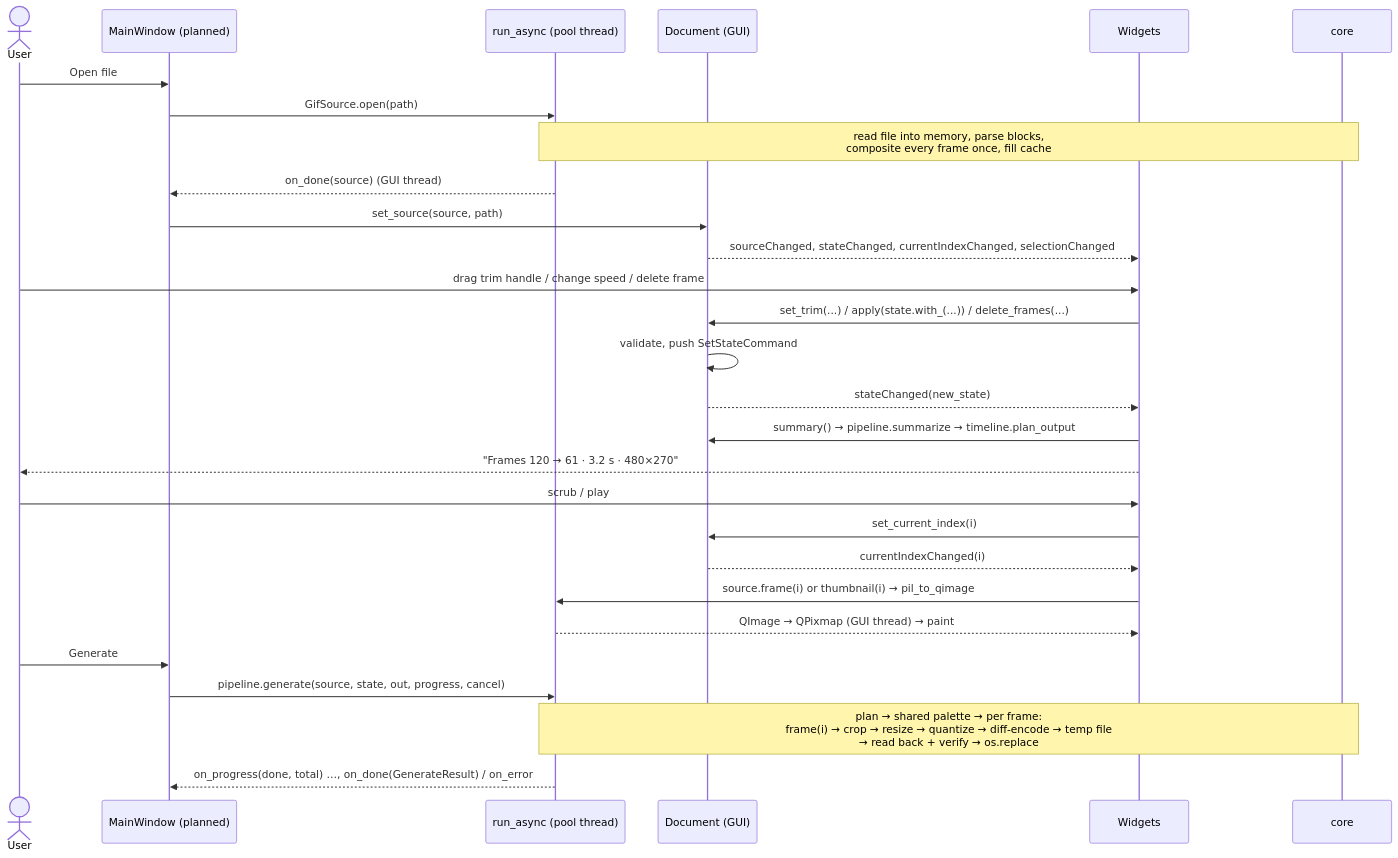
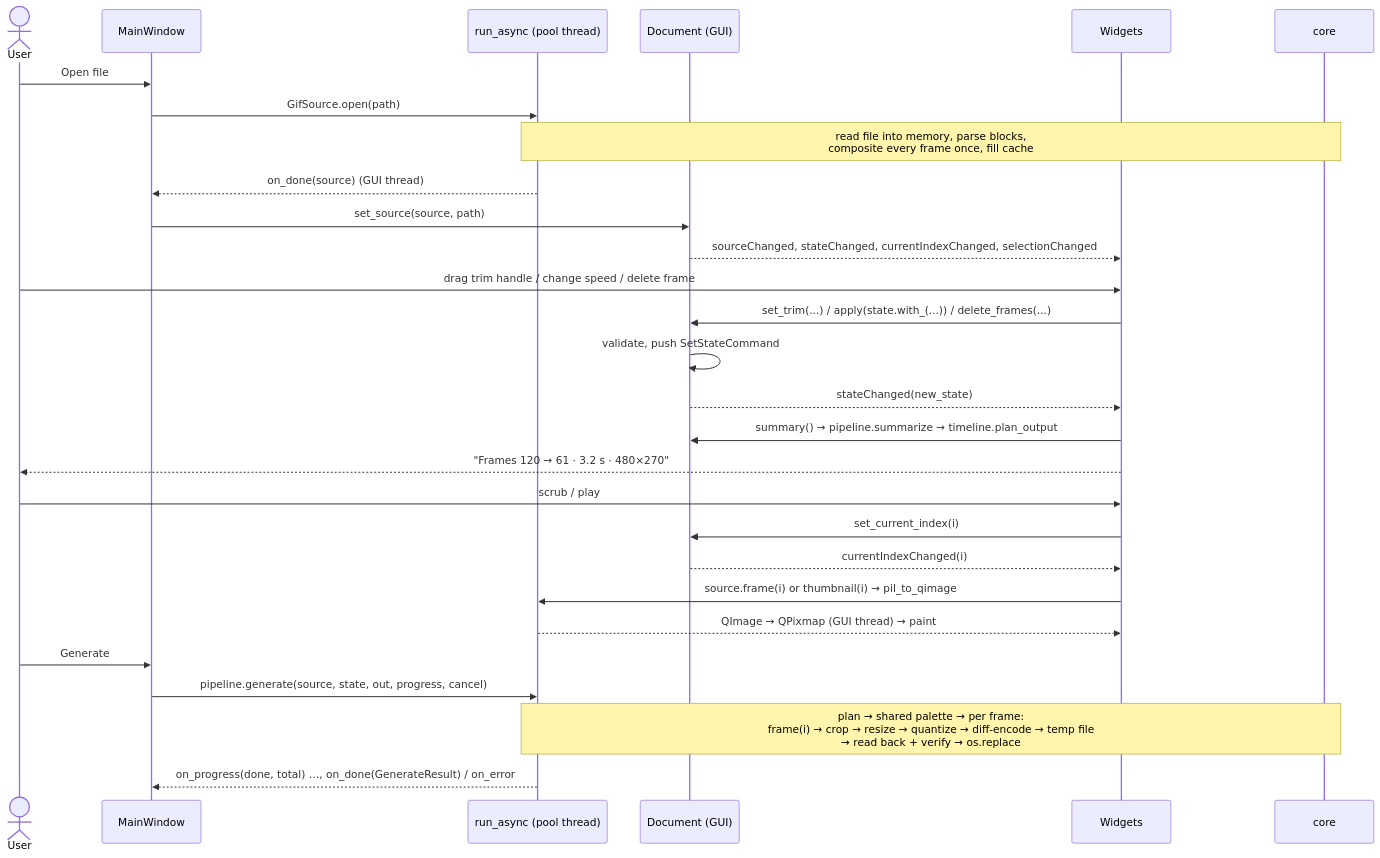
The second of 5 diagrams in docs/03-architecture.md (ErmanKan/EGPlease), drawn with Mermaid before and after one commit. The commit also changed other lines of this file and 21 other files, not shown here.

Commit message:
docs: complete Milestone 2 documentation (main window, inspector, architecture, dev log, README)

````diff
--- a/docs/03-architecture.md
+++ b/docs/03-architecture.md
@@ -93,34 +97,34 @@
 ```mermaid
 sequenceDiagram
     actor U as User
-    participant MW as MainWindow (planned)
+    participant MW as MainWindow
     participant WK as run_async (pool thread)
     participant D as Document (GUI)
     participant V as Widgets
     participant C as core
 
     U->>MW: Open file
     MW->>WK: GifSource.open(path)
     Note over WK,C: read file into memory, parse blocks,<br/>composite every frame once, fill cache
     WK-->>MW: on_done(source) (GUI thread)
     MW->>D: set_source(source, path)
     D-->>V: sourceChanged, stateChanged, currentIndexChanged, selectionChanged
 
     U->>V: drag trim handle / change speed / delete frame
     V->>D: set_trim(...) / apply(state.with_(...)) / delete_frames(...)
     D->>D: validate, push SetStateCommand
     D-->>V: stateChanged(new_state)
     V->>D: summary() → pipeline.summarize → timeline.plan_output
     V-->>U: "Frames 120 → 61 · 3.2 s · 480×270"
 
     U->>V: scrub / play
     V->>D: set_current_index(i)
     D-->>V: currentIndexChanged(i)
     V->>WK: source.frame(i) or thumbnail(i) → pil_to_qimage
     WK-->>V: QImage → QPixmap (GUI thread) → paint
 
     U->>MW: Generate
     MW->>WK: pipeline.generate(source, state, out, progress, cancel)
     Note over WK,C: plan → shared palette → per frame:<br/>frame(i) → crop → resize → quantize → diff-encode → temp file<br/>→ read back + verify → os.replace
     WK-->>MW: on_progress(done, total) …, on_done(GenerateResult) / on_error
 ```
````
